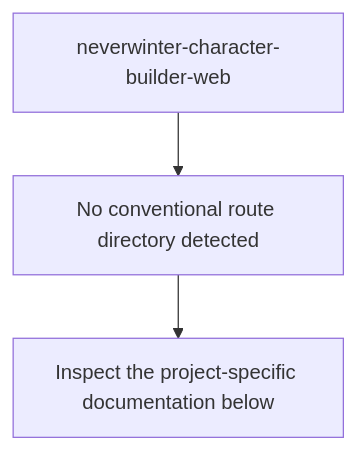
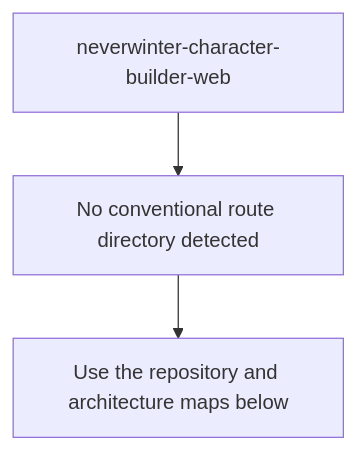
One commit to Nischhalsubba/neverwinter-character-builder-web changed the second of 5 diagrams in README.md. Above: the diagram before and after it, drawn with Mermaid. The commit also changed other lines of this file, not shown here.

````diff
--- a/README.md
+++ b/README.md
@@ -51,6 +86,6 @@
 ```mermaid
 flowchart TD
     APP["neverwinter-character-builder-web"]
     APP --> SOURCE["No conventional route directory detected"]
-    SOURCE --> VERIFY["Inspect the project-specific documentation below"]
+    SOURCE --> GUIDE["Use the repository and architecture maps below"]
 ```
````
